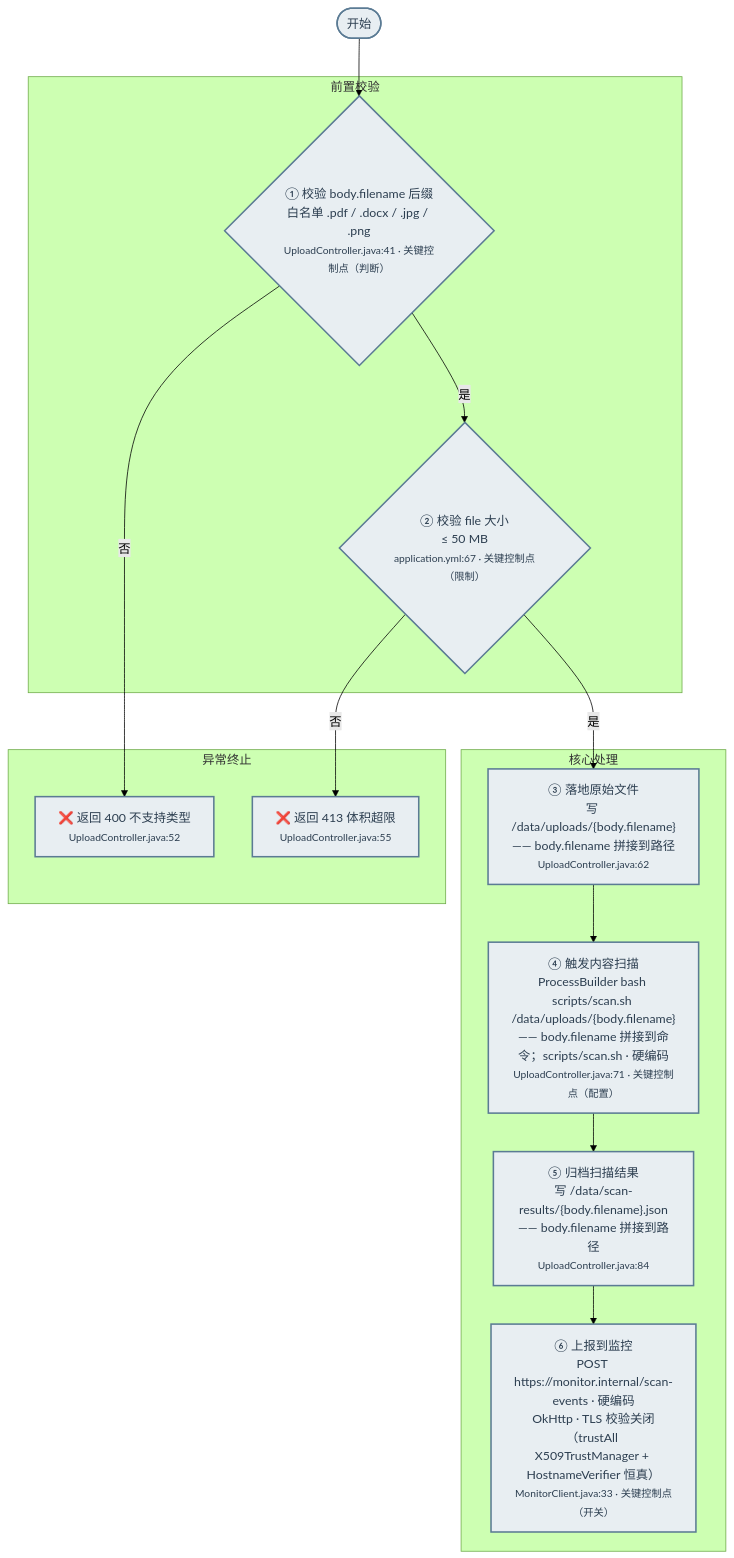
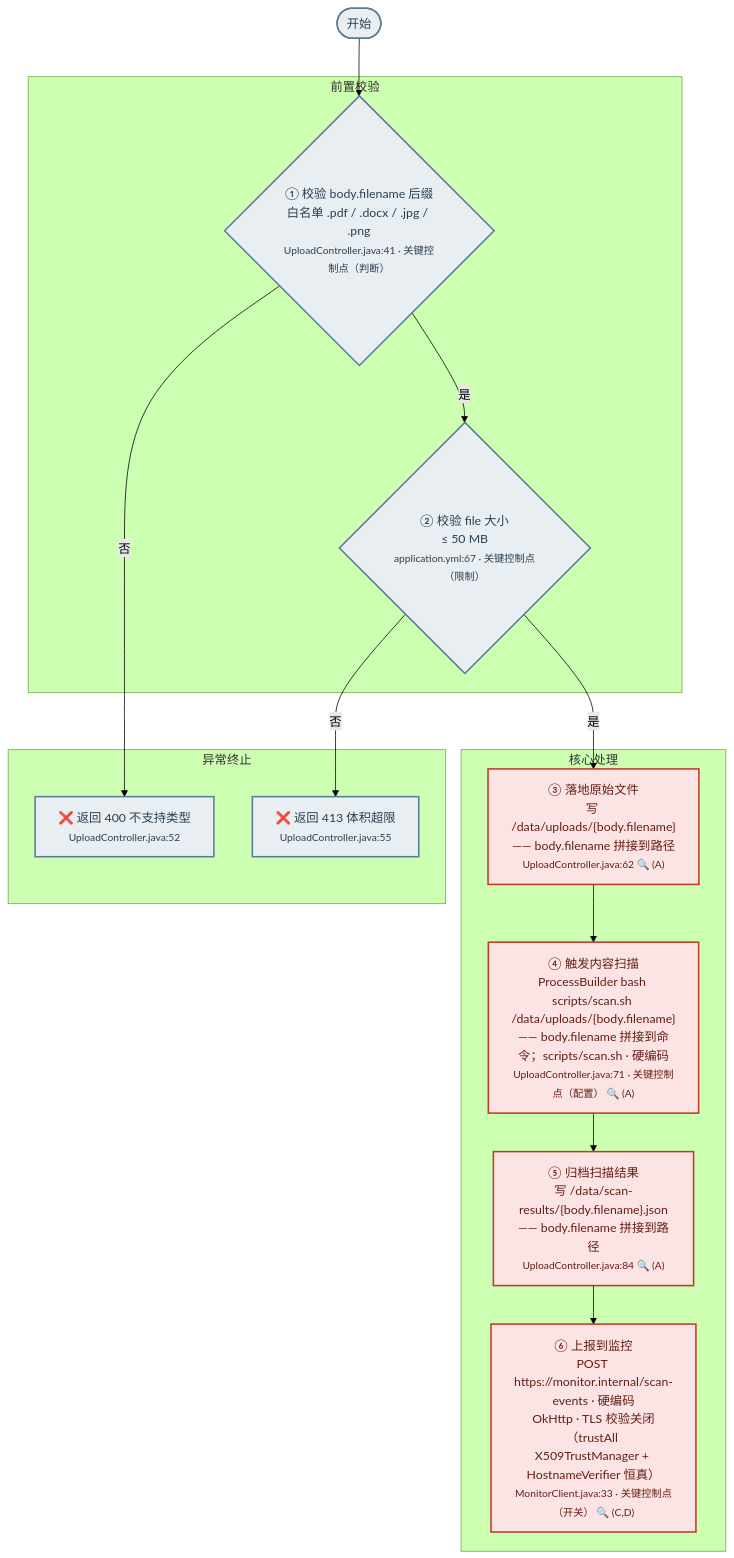
Before and after one commit to gcf0082/biz-flow-recon: the diagram in .opencode/skills/biz-flow-recon/templates/default.md, drawn with Mermaid (forest theme). The commit also changed other lines of this file and 1 other file, not shown here.

Commit message:
引入观测点 🔍 标记: A/B/C/D 类别 + 高/中/低三档配色
- endpoint-analyst: 加观测点小节定义 4 类 + 观测优先级 heuristic +
  节点 style 配色规则;落盘前自检加一条
- default.md: 样例 mermaid ③/④/⑤/⑥ 节点 small 行加 🔍 (X) 标记,
  style 改为高优先级红色;HTML 注释加观测点配色说明

观测点 = 满足 A(用户输入到敏感槽)/B(预期校验缺失)/C(信任边界跨越)/
D(硬编码凭据/密钥/内部 host) 任一事实条件的图节点位置——审计人扫读
时定向观测;纯事实归类不是风险结论。

````diff
--- a/.opencode/skills/biz-flow-recon/templates/default.md
+++ b/.opencode/skills/biz-flow-recon/templates/default.md
@@ -29,39 +35,39 @@
 ```mermaid
 flowchart TD
     START([开始]) --> CHECK_EXT
 
     subgraph 前置校验
         CHECK_EXT{"① 校验 body.filename 后缀<br/>白名单 .pdf / .docx / .jpg / .png<br/><small>UploadController.java:41 · 关键控制点（判断）</small>"}
         CHECK_SIZE{"② 校验 file 大小<br/>≤ 50 MB<br/><small>application.yml:67 · 关键控制点（限制）</small>"}
     end
 
     subgraph 异常终止
         REJECT_EXT["❌ 返回 400 不支持类型<br/><small>UploadController.java:52</small>"]
         REJECT_SIZE["❌ 返回 413 体积超限<br/><small>UploadController.java:55</small>"]
     end
 
     subgraph 核心处理
-        WRITE["③ 落地原始文件<br/>写 /data/uploads/{body.filename}<br/>—— body.filename 拼接到路径<br/><small>UploadController.java:62</small>"]
-        SCAN["④ 触发内容扫描<br/>ProcessBuilder bash scripts/scan.sh /data/uploads/{body.filename}<br/>—— body.filename 拼接到命令；scripts/scan.sh · 硬编码<br/><small>UploadController.java:71 · 关键控制点（配置）</small>"]
-        ARCHIVE["⑤ 归档扫描结果<br/>写 /data/scan-results/{body.filename}.json<br/>—— body.filename 拼接到路径<br/><small>UploadController.java:84</small>"]
-        REPORT["⑥ 上报到监控<br/>POST https://monitor.internal/scan-events · 硬编码<br/>OkHttp · TLS 校验关闭（trustAll X509TrustManager + HostnameVerifier 恒真）<br/><small>MonitorClient.java:33 · 关键控制点（开关）</small>"]
+        WRITE["③ 落地原始文件<br/>写 /data/uploads/{body.filename}<br/>—— body.filename 拼接到路径<br/><small>UploadController.java:62 🔍 (A)</small>"]
+        SCAN["④ 触发内容扫描<br/>ProcessBuilder bash scripts/scan.sh /data/uploads/{body.filename}<br/>—— body.filename 拼接到命令；scripts/scan.sh · 硬编码<br/><small>UploadController.java:71 · 关键控制点（配置） 🔍 (A)</small>"]
+        ARCHIVE["⑤ 归档扫描结果<br/>写 /data/scan-results/{body.filename}.json<br/>—— body.filename 拼接到路径<br/><small>UploadController.java:84 🔍 (A)</small>"]
+        REPORT["⑥ 上报到监控<br/>POST https://monitor.internal/scan-events · 硬编码<br/>OkHttp · TLS 校验关闭（trustAll X509TrustManager + HostnameVerifier 恒真）<br/><small>MonitorClient.java:33 · 关键控制点（开关） 🔍 (C,D)</small>"]
     end
 
     CHECK_EXT -->|否| REJECT_EXT
     CHECK_EXT -->|是| CHECK_SIZE
     CHECK_SIZE -->|否| REJECT_SIZE
     CHECK_SIZE -->|是| WRITE
     WRITE --> SCAN
     SCAN --> ARCHIVE
     ARCHIVE --> REPORT
 
     style START fill:#E8EEF2,stroke:#5B7B94,stroke-width:2px,color:#2C3E50
     style CHECK_EXT fill:#E8EEF2,stroke:#5B7B94,stroke-width:2px,color:#2C3E50
     style CHECK_SIZE fill:#E8EEF2,stroke:#5B7B94,stroke-width:2px,color:#2C3E50
     style REJECT_EXT fill:#E8EEF2,stroke:#5B7B94,stroke-width:2px,color:#2C3E50
     style REJECT_SIZE fill:#E8EEF2,stroke:#5B7B94,stroke-width:2px,color:#2C3E50
-    style WRITE fill:#E8EEF2,stroke:#5B7B94,stroke-width:2px,color:#2C3E50
-    style SCAN fill:#E8EEF2,stroke:#5B7B94,stroke-width:2px,color:#2C3E50
-    style ARCHIVE fill:#E8EEF2,stroke:#5B7B94,stroke-width:2px,color:#2C3E50
-    style REPORT fill:#E8EEF2,stroke:#5B7B94,stroke-width:2px,color:#2C3E50
+    style WRITE fill:#FCE4E4,stroke:#C0392B,stroke-width:2px,color:#641E16
+    style SCAN fill:#FCE4E4,stroke:#C0392B,stroke-width:2px,color:#641E16
+    style ARCHIVE fill:#FCE4E4,stroke:#C0392B,stroke-width:2px,color:#641E16
+    style REPORT fill:#FCE4E4,stroke:#C0392B,stroke-width:2px,color:#641E16
 ```
````
